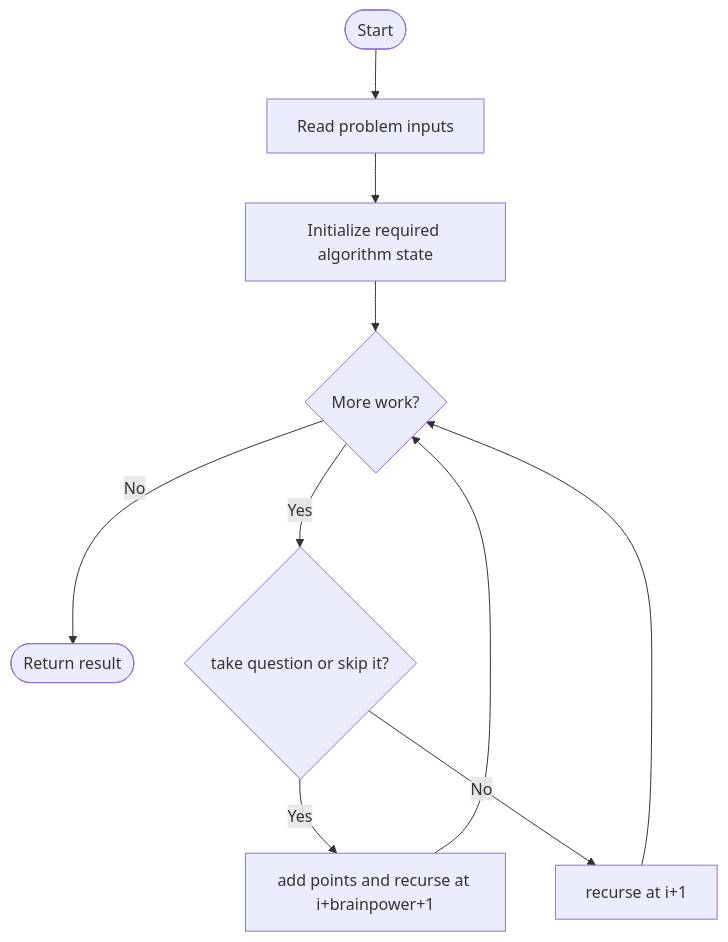
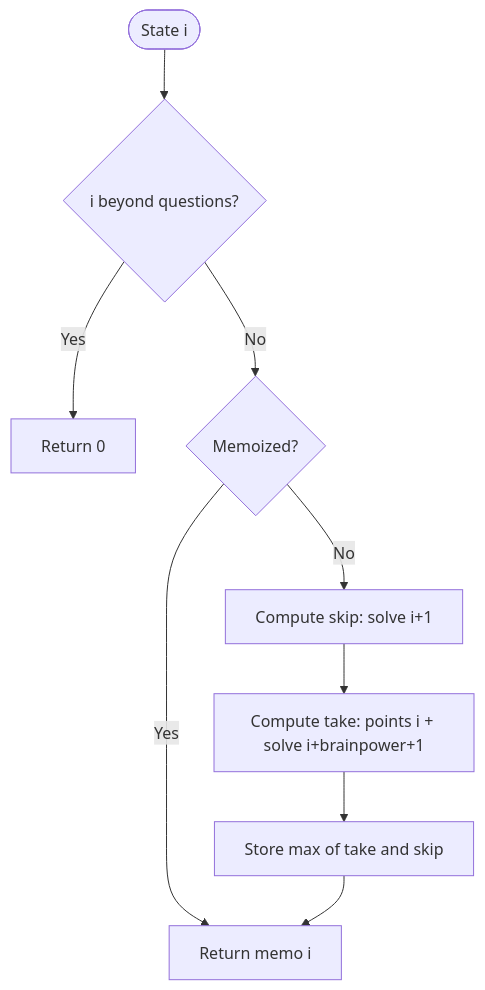
One commit to SAIDEEPBHANGE/C-CPP-Codes changed the diagram in LeetCode/2140/README.md. Above: the diagram before and after it, drawn with Mermaid. The commit also changed other lines of this file and 196 other files, not shown here.

````diff
--- a/LeetCode/2140/README.md
+++ b/LeetCode/2140/README.md
@@ -13,12 +32,11 @@
 ```mermaid
 flowchart TD
-    A([Start]) --> B[Read problem inputs]
-    B --> C[Initialize required algorithm state]
-    C --> D{More work?}
-    D -- No --> Z([Return result])
-    D -- Yes --> E{take question or skip it?}
-    E -- Yes --> F[add points and recurse at i+brainpower+1]
-    E -- No --> G[recurse at i+1]
-    F --> D
-    G --> D
+    A([State i]) --> B{i beyond questions?}
+    B -- Yes --> Z[Return 0]
+    B -- No --> C{Memoized?}
+    C -- Yes --> M[Return memo i]
+    C -- No --> D[Compute skip: solve i+1]
+    D --> E[Compute take: points i + solve i+brainpower+1]
+    E --> F[Store max of take and skip]
+    F --> M
 ```
````
